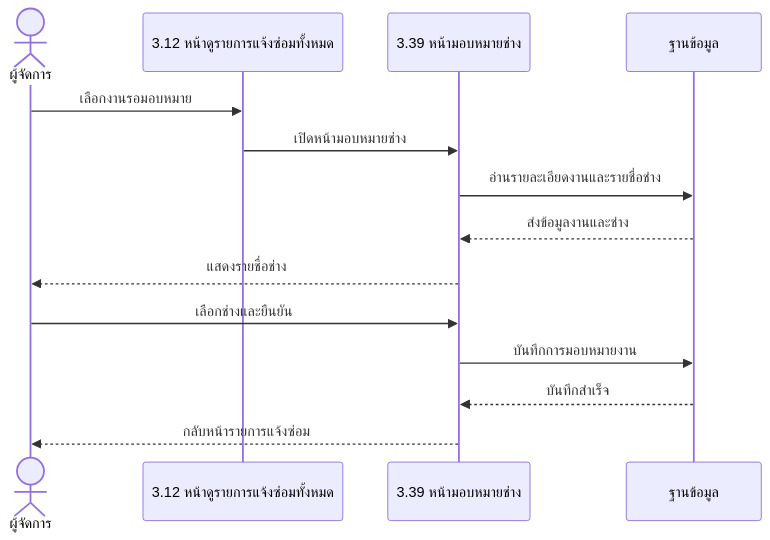
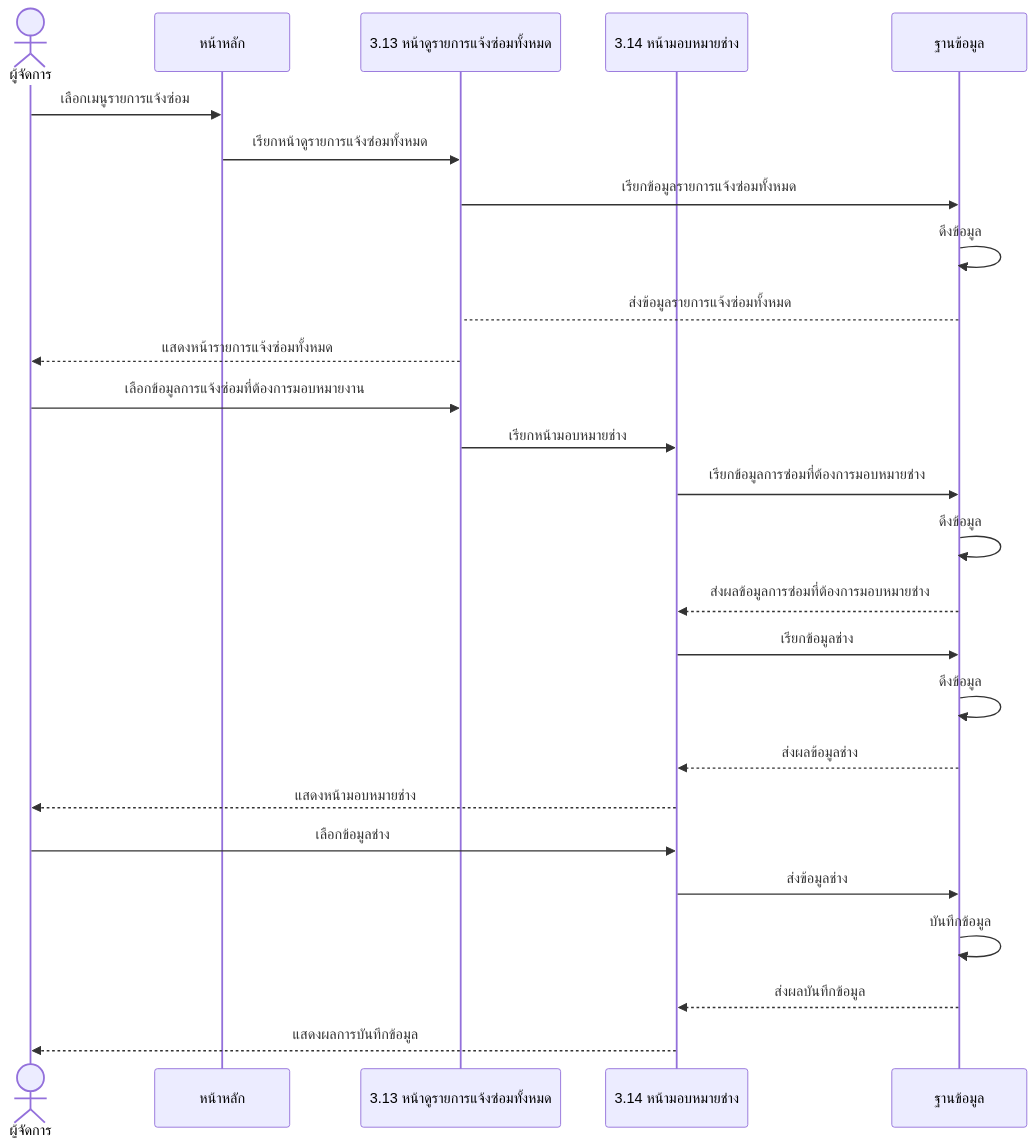
Before and after one commit to nonkanisorn/helpdesk-systemv2: diagram 15 of 20 in sequence-diagrams.md, drawn with Mermaid. The commit also changed other lines of this file and 132 other files, not shown here.

````diff
--- a/sequence-diagrams.md
+++ b/sequence-diagrams.md
@@ -259,16 +278,28 @@
 ```mermaid
 sequenceDiagram
     actor Aactor as ผู้จัดการ
-    participant List as 3.12 หน้าดูรายการแจ้งซ่อมทั้งหมด
-    participant Assign as 3.39 หน้ามอบหมายช่าง
+    participant MainPage as หน้าหลัก
+    participant List as 3.13 หน้าดูรายการแจ้งซ่อมทั้งหมด
+    participant Assign as 3.14 หน้ามอบหมายช่าง
     participant DB as ฐานข้อมูล
-    Aactor->>List: เลือกงานรอมอบหมาย
-    List->>Assign: เปิดหน้ามอบหมายช่าง
-    Assign->>DB: อ่านรายละเอียดงานและรายชื่อช่าง
-    DB-->>Assign: ส่งข้อมูลงานและช่าง
-    Assign-->>Aactor: แสดงรายชื่อช่าง
-    Aactor->>Assign: เลือกช่างและยืนยัน
-    Assign->>DB: บันทึกการมอบหมายงาน
-    DB-->>Assign: บันทึกสำเร็จ
-    Assign-->>Aactor: กลับหน้ารายการแจ้งซ่อม
+    Aactor->>MainPage: เลือกเมนูรายการแจ้งซ่อม
+    MainPage->>List:เรียกหน้าดูรายการแจ้งซ่อมทั้งหมด
+List->>DB: เรียกข้อมูลรายการแจ้งซ่อมทั้งหมด
+DB->>DB:ดึงข้อมูล
+DB-->List:ส่งข้อมูลรายการแจ้งซ่อมทั้งหมด
+List-->>Aactor:แสดงหน้ารายการแจ้งซ่อมทั้งหมด
+Aactor->>List:เลือกข้อมูลการแจ้งซ่อมที่ต้องการมอบหมายงาน
+    List->>Assign: เรียกหน้ามอบหมายช่าง
+Assign->>DB:เรียกข้อมูลการซ่อมที่ต้องการมอบหมายช่าง
+DB->>DB:ดึงข้อมูล
+DB-->>Assign:ส่งผลข้อมูลการซ่อมที่ต้องการมอบหมายช่าง
+Assign->>DB:เรียกข้อมูลช่าง
+DB->>DB:ดึงข้อมูล
+DB-->>Assign:ส่งผลข้อมูลช่าง
+Assign-->>Aactor:แสดงหน้ามอบหมายช่าง
+Aactor->>Assign:เลือกข้อมูลช่าง
+    Assign->>DB: ส่งข้อมูลช่าง
+DB->>DB:บันทึกข้อมูล
+    DB-->>Assign: ส่งผลบันทึกข้อมูล
+Assign-->>Aactor:แสดงผลการบันทึกข้อมูล
 ```
````
